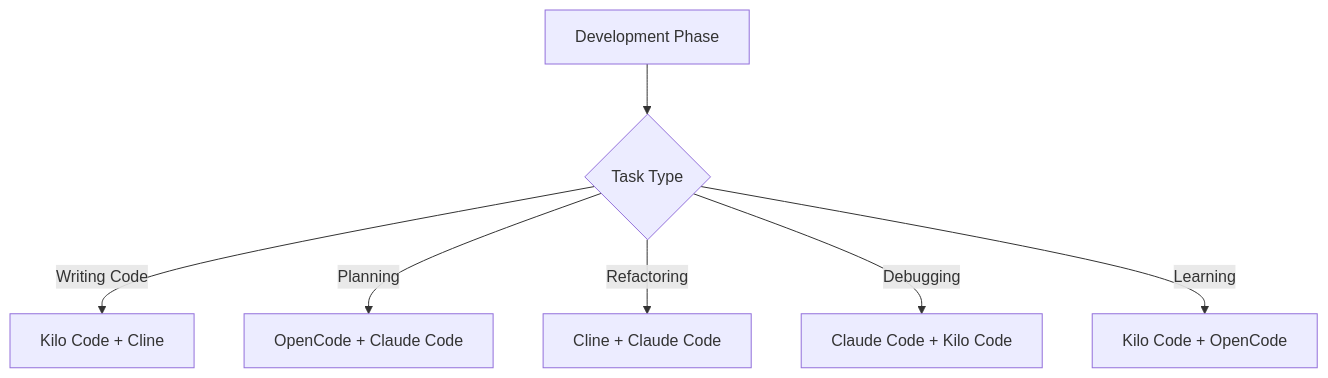
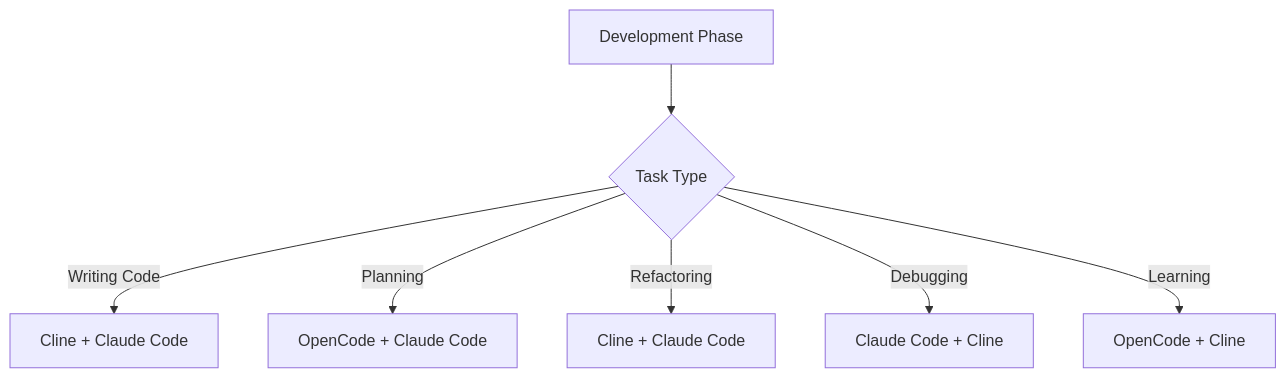
The diagram in docs/AI_TOOLS.md (DG1001/XaresAICoder), drawn with Mermaid before and after one commit. The commit also changed other lines of this file and 11 other files, not shown here.

First line of the commit message:
chore(agents): Kilo Code no longer pre-installed, installable on demand

````diff
--- a/docs/AI_TOOLS.md
+++ b/docs/AI_TOOLS.md
@@ -629,9 +639,9 @@
 ```mermaid
 graph TD
     A[Development Phase] --> B{Task Type}
-    B -->|Writing Code| C[Kilo Code + Cline]
+    B -->|Writing Code| C[Cline + Claude Code]
     B -->|Planning| D[OpenCode + Claude Code]
     B -->|Refactoring| E[Cline + Claude Code]
-    B -->|Debugging| F[Claude Code + Kilo Code]
-    B -->|Learning| G[Kilo Code + OpenCode]
+    B -->|Debugging| F[Claude Code + Cline]
+    B -->|Learning| G[OpenCode + Cline]
 ```
````
